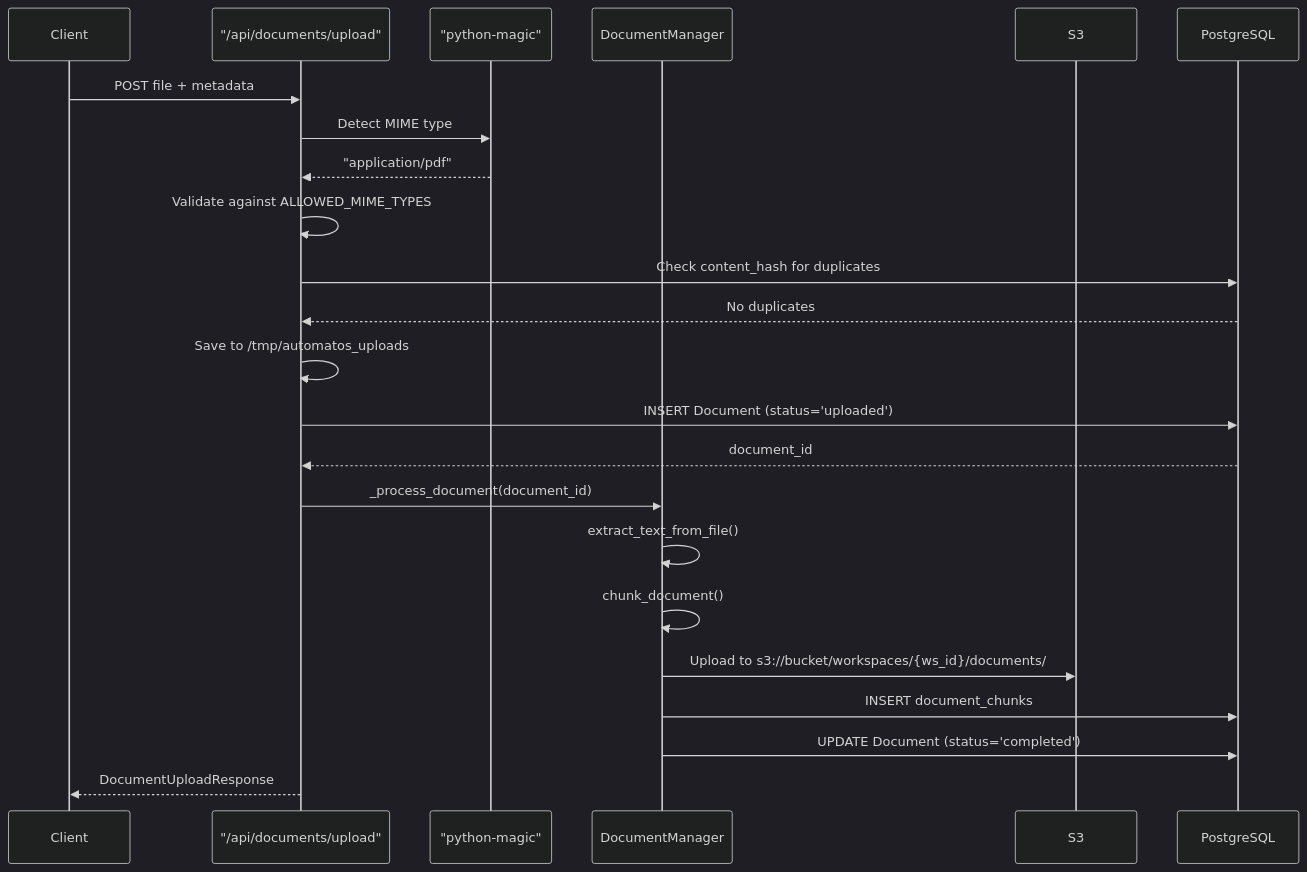
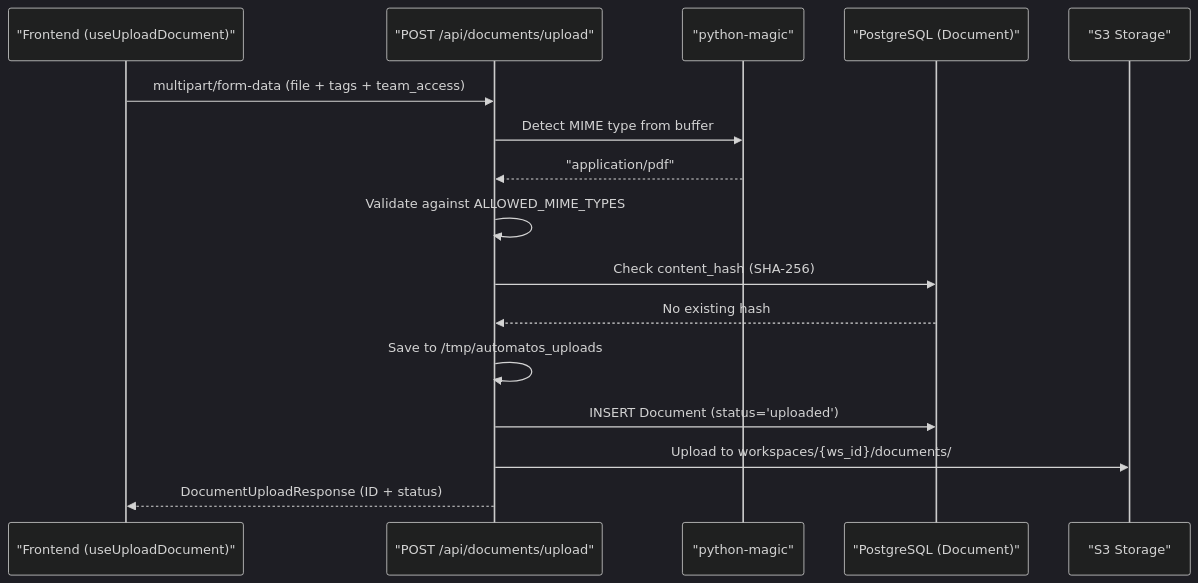
Before and after one commit to AutomatosAI/automatos-ai: the third of 4 diagrams in docs/knowledge-base-rag/document-management.md, drawn with Mermaid (dark theme). The commit also changed other lines of this file and 149 other files, not shown here.

Commit message:
docs: refresh documentation with graphify semantic scan

````diff
--- a/docs/knowledge-base-rag/document-management.md
+++ b/docs/knowledge-base-rag/document-management.md
@@ -70,26 +134,19 @@
 ```mermaid
 sequenceDiagram
-    participant Client
-    participant API as "/api/documents/upload"
+    participant Client as "Frontend (useUploadDocument)"
+    participant API as "POST /api/documents/upload"
     participant Magic as "python-magic"
-    participant DocumentManager
-    participant S3
-    participant PostgreSQL
+    participant DB as "PostgreSQL (Document)"
+    participant S3 as "S3 Storage"
     
-    Client->>API: POST file + metadata
-    API->>Magic: Detect MIME type
+    Client->>API: multipart/form-data (file + tags + team_access)
+    API->>Magic: Detect MIME type from buffer
     Magic-->>API: "application/pdf"
     API->>API: Validate against ALLOWED_MIME_TYPES
-    API->>PostgreSQL: Check content_hash for duplicates
-    PostgreSQL-->>API: No duplicates
+    API->>DB: Check content_hash (SHA-256)
+    DB-->>API: No existing hash
     API->>API: Save to /tmp/automatos_uploads
-    API->>PostgreSQL: INSERT Document (status='uploaded')
-    PostgreSQL-->>API: document_id
-    API->>DocumentManager: _process_document(document_id)
-    DocumentManager->>DocumentManager: extract_text_from_file()
-    DocumentManager->>DocumentManager: chunk_document()
-    DocumentManager->>S3: Upload to s3://bucket/workspaces/{ws_id}/documents/
-    DocumentManager->>PostgreSQL: INSERT document_chunks
-    DocumentManager->>PostgreSQL: UPDATE Document (status='completed')
-    API-->>Client: DocumentUploadResponse
+    API->>DB: INSERT Document (status='uploaded')
+    API->>S3: Upload to workspaces/{ws_id}/documents/
+    API-->>Client: DocumentUploadResponse (ID + status)
 ```
````
